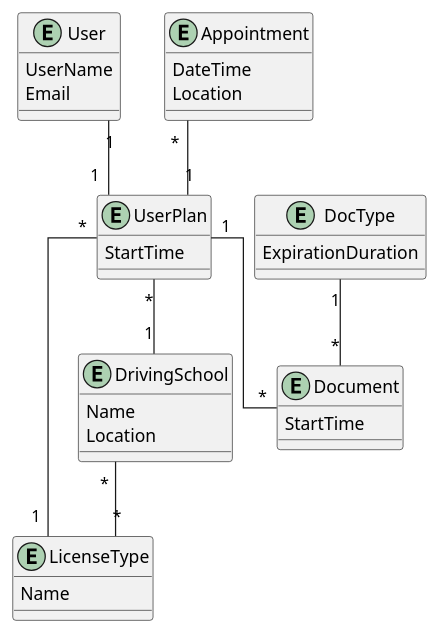
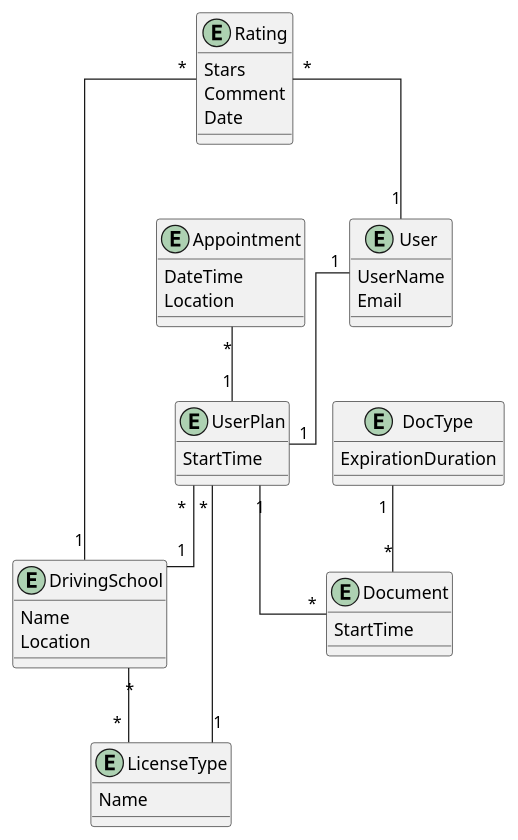
Before and after one commit to 2526-wmc-3bhif-classroom-org/sommerprojekt-wmc-summer-project-brunner-mostbauer-maric: the diagram in asciidocs/docs/db-structure.adoc, drawn with PlantUML.

Commit message:
Added rating entity to db structure

```diff
--- a/asciidocs/docs/db-structure.adoc
+++ b/asciidocs/docs/db-structure.adoc
@@ -8,48 +8,57 @@
 [plantuml, db, png]
 ----
 @startuml
 skinparam linetype ortho
 
 entity User{
 UserName
 Email
 }
 
 entity DrivingSchool{
 Name
 Location
 }
 
 entity Document{
 StartTime
 }
 
 entity DocType{
 ExpirationDuration
 }
 
 entity Appointment{
 DateTime
 Location
 }
 
 entity LicenseType{
 Name
 }
 
 entity UserPlan{
 StartTime
 }
 
+entity Rating{
+    Stars
+    Comment
+    Date
+}
+
 UserPlan "*" -- "1" DrivingSchool
 UserPlan "1" -- "*" Document
 DocType "1" -- "*" Document
 Appointment "*" -- "1" UserPlan
 DrivingSchool "*" -- "*" LicenseType
 User "1" -- "1" UserPlan
 LicenseType "1" -- "*" UserPlan
 
+Rating "*" -- "1" User
+Rating "*" -- "1" DrivingSchool
+
 @enduml
 
 Authentication for users not yet planned.
 ----
```
